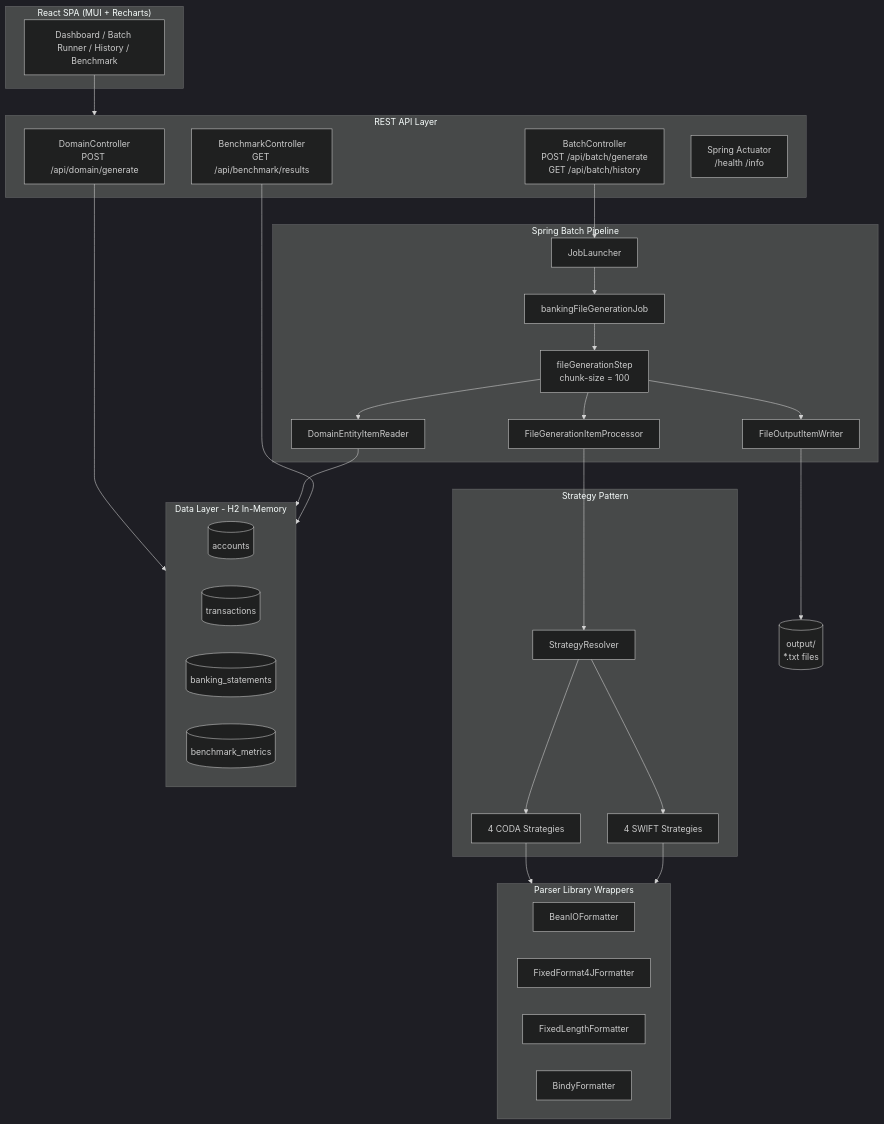
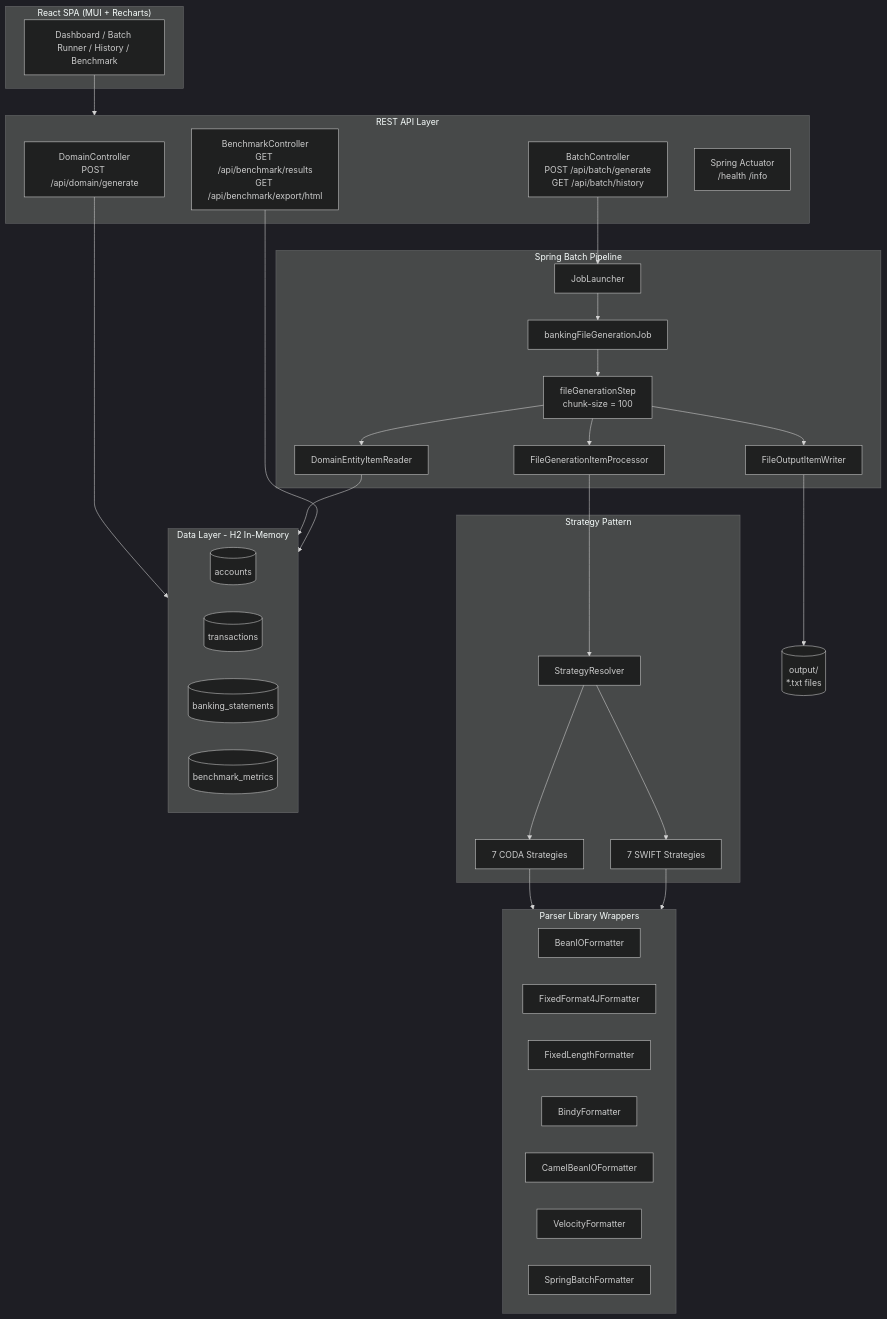
One commit to wallaceespindola/fixed-length-converters changed the diagram in docs/diagrams/architecture-overview.mmd. Above: the diagram before and after it, drawn with Mermaid (dark theme). The commit also changed 13 other files, not shown here.

Commit message:
docs: align all documentation and diagrams with 7 libraries / 14 strategies / 28 benchmarks

```diff
--- a/docs/diagrams/architecture-overview.mmd
+++ b/docs/diagrams/architecture-overview.mmd
@@ -1,51 +1,54 @@
 graph TB
     subgraph Frontend["React SPA (MUI + Recharts)"]
         UI[Dashboard / Batch Runner / History / Benchmark]
     end
 
     subgraph API["REST API Layer"]
         DC[DomainController<br/>POST /api/domain/generate]
         BC[BatchController<br/>POST /api/batch/generate<br/>GET /api/batch/history]
-        BNC[BenchmarkController<br/>GET /api/benchmark/results]
+        BNC[BenchmarkController<br/>GET /api/benchmark/results<br/>GET /api/benchmark/export/html]
         ACT[Spring Actuator<br/>/health /info]
     end
 
     subgraph Batch["Spring Batch Pipeline"]
         JL[JobLauncher]
         JOB[bankingFileGenerationJob]
         STEP[fileGenerationStep<br/>chunk-size = 100]
         READER[DomainEntityItemReader]
         PROC[FileGenerationItemProcessor]
         WRITER[FileOutputItemWriter]
     end
 
     subgraph Strategy["Strategy Pattern"]
         SR[StrategyResolver]
-        CODA4[4 CODA Strategies]
-        SWIFT4[4 SWIFT Strategies]
+        CODA7[7 CODA Strategies]
+        SWIFT7[7 SWIFT Strategies]
     end
 
     subgraph Parsers["Parser Library Wrappers"]
         BIO[BeanIOFormatter]
         FF4J[FixedFormat4JFormatter]
         VL[FixedLengthFormatter]
         BINDY[BindyFormatter]
+        CBIO[CamelBeanIOFormatter]
+        VEL[VelocityFormatter]
+        SBF[SpringBatchFormatter]
     end
 
     subgraph Data["Data Layer - H2 In-Memory"]
         ACCT[(accounts)]
         TXN[(transactions)]
         STMT[(banking_statements)]
         BENCH[(benchmark_metrics)]
     end
 
     OUTPUT[(output/\n*.txt files)]
 
     UI --> API
     DC --> Data
     BC --> JL --> JOB --> STEP
     STEP --> READER --> Data
-    STEP --> PROC --> SR --> CODA4 & SWIFT4
-    CODA4 & SWIFT4 --> Parsers
+    STEP --> PROC --> SR --> CODA7 & SWIFT7
+    CODA7 & SWIFT7 --> Parsers
     STEP --> WRITER --> OUTPUT
     BNC --> Data
```
